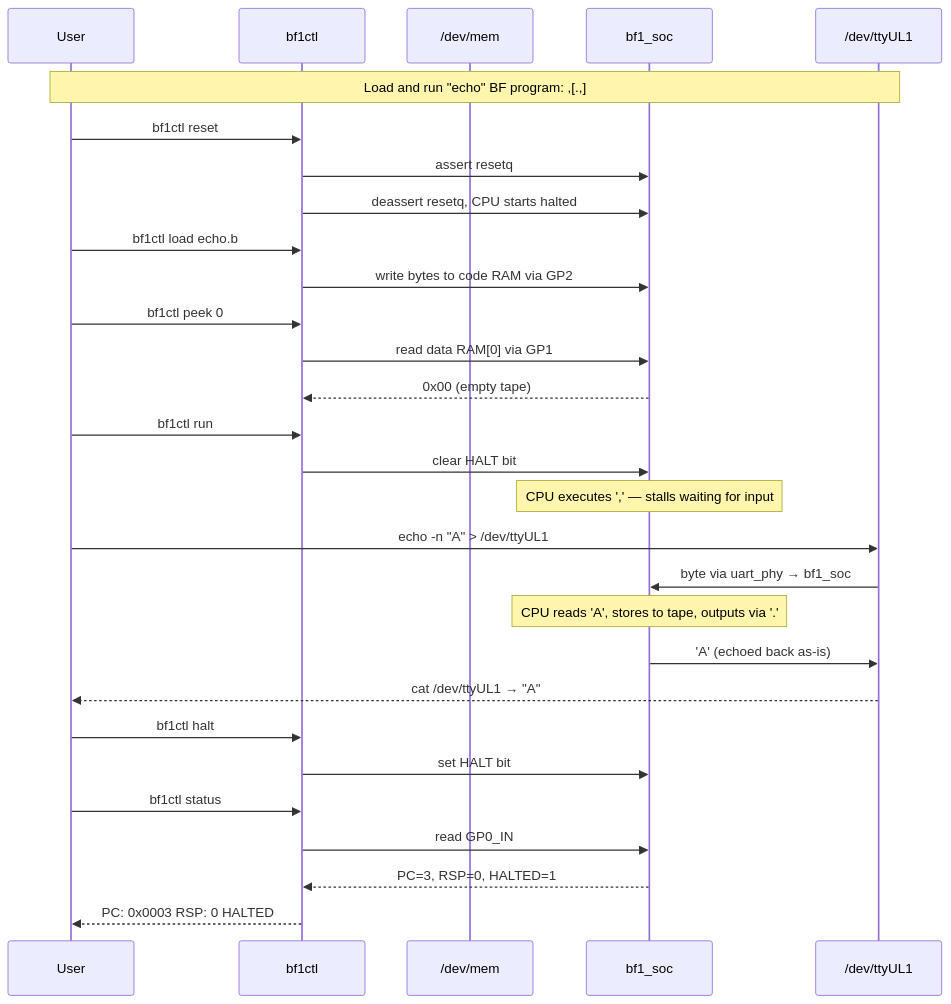
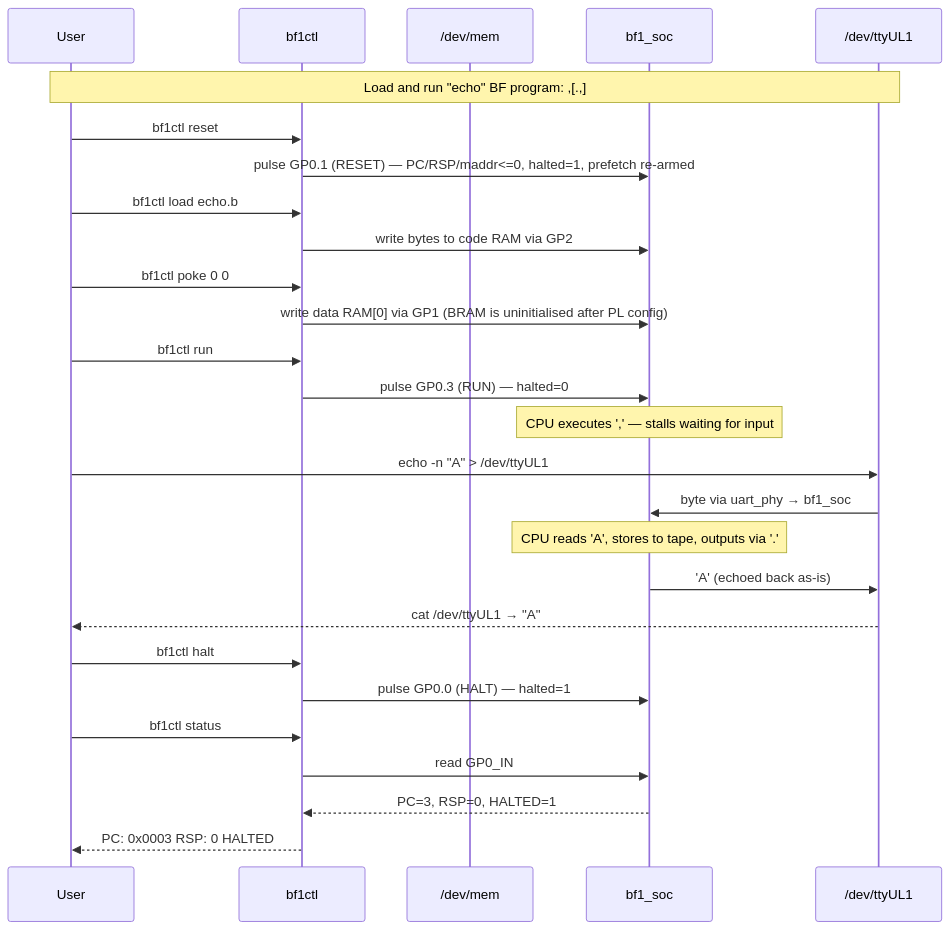
Before and after one commit to tocisz/ebaz4205-hdmi-demo: the seventh of 8 diagrams in doc/BF1_IMPLEMENTATION_PLAN.md, drawn with Mermaid. The commit also changed other lines of this file and 2 other files, not shown here.

````diff
--- a/doc/BF1_IMPLEMENTATION_PLAN.md
+++ b/doc/BF1_IMPLEMENTATION_PLAN.md
@@ -827,41 +886,39 @@
 ```mermaid
 sequenceDiagram
     participant User
     participant bf1ctl
     participant PS as /dev/mem
     participant PL as bf1_soc
     participant TTY as /dev/ttyUL1
 
     Note over User,TTY: Load and run "echo" BF program: ,[.,]
 
     User->>bf1ctl: bf1ctl reset
-    bf1ctl->>PL: assert resetq
-    bf1ctl->>PL: deassert resetq, CPU starts halted
+    bf1ctl->>PL: pulse GP0.1 (RESET) — PC/RSP/maddr<=0, halted=1, prefetch re-armed
 
     User->>bf1ctl: bf1ctl load echo.b
     bf1ctl->>PL: write bytes to code RAM via GP2
 
-    User->>bf1ctl: bf1ctl peek 0
-    bf1ctl->>PL: read data RAM[0] via GP1
-    PL-->>bf1ctl: 0x00 (empty tape)
+    User->>bf1ctl: bf1ctl poke 0 0
+    bf1ctl->>PL: write data RAM[0] via GP1 (BRAM is uninitialised after PL config)
 
     User->>bf1ctl: bf1ctl run
-    bf1ctl->>PL: clear HALT bit
+    bf1ctl->>PL: pulse GP0.3 (RUN) — halted=0
 
     Note over PL: CPU executes ',' — stalls waiting for input
 
     User->>TTY: echo -n "A" > /dev/ttyUL1
     TTY->>PL: byte via uart_phy → bf1_soc
     Note over PL: CPU reads 'A', stores to tape, outputs via '.'
 
     PL->>TTY: 'A' (echoed back as-is)
     TTY-->>User: cat /dev/ttyUL1 → "A"
 
     User->>bf1ctl: bf1ctl halt
-    bf1ctl->>PL: set HALT bit
+    bf1ctl->>PL: pulse GP0.0 (HALT) — halted=1
 
     User->>bf1ctl: bf1ctl status
     bf1ctl->>PL: read GP0_IN
     PL-->>bf1ctl: PC=3, RSP=0, HALTED=1
     bf1ctl-->>User: PC: 0x0003 RSP: 0 HALTED
 ```
````
